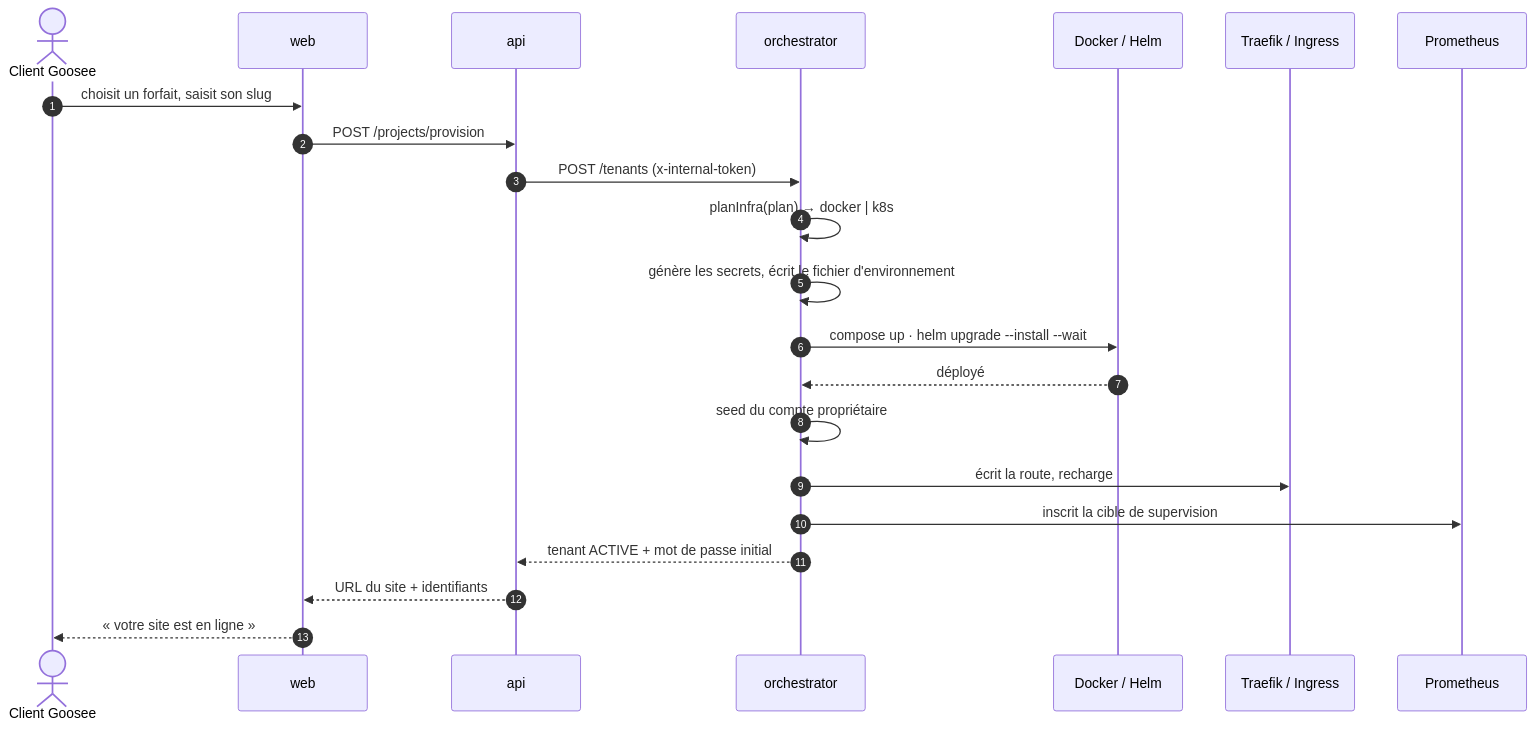
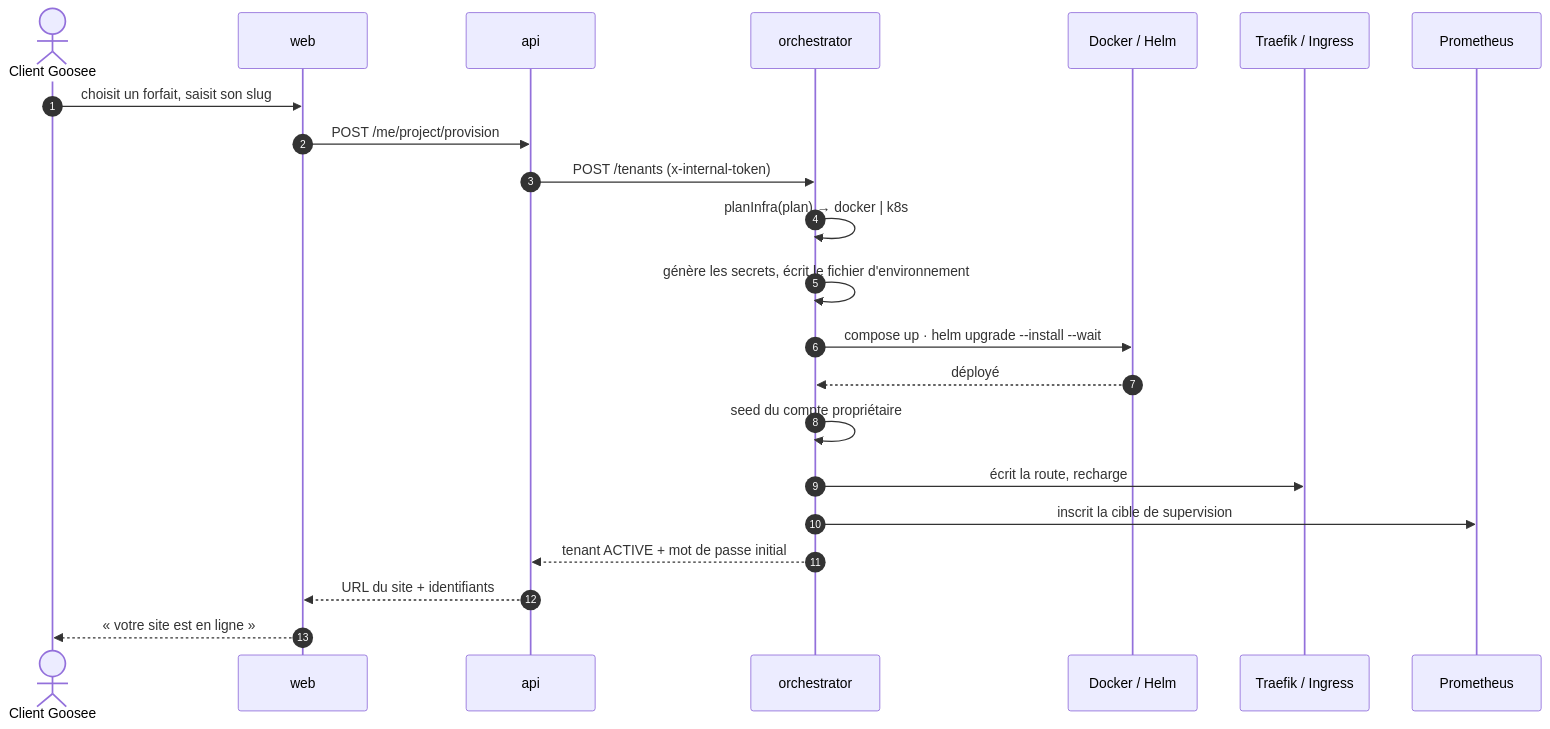
The second of 3 diagrams in docs/architecture/sequences.md (CollectEverything-MNS/Goosee), drawn with Mermaid before and after one commit. The commit also changed other lines of this file and 24 other files, not shown here.

Commit message:
docs: align guides diagrams and API reference with validated POC

````diff
--- a/docs/architecture/sequences.md
+++ b/docs/architecture/sequences.md
@@ -74,26 +82,26 @@
 ```mermaid
 sequenceDiagram
     autonumber
     actor M as Client Goosee
     participant W as web
     participant AP as api
     participant OR as orchestrator
     participant D as Docker / Helm
     participant T as Traefik / Ingress
     participant PR as Prometheus
 
     M->>W: choisit un forfait, saisit son slug
-    W->>AP: POST /projects/provision
+    W->>AP: POST /me/project/provision
     AP->>OR: POST /tenants (x-internal-token)
 
     OR->>OR: planInfra(plan) → docker | k8s
     OR->>OR: génère les secrets, écrit le fichier d'environnement
     OR->>D: compose up · helm upgrade --install --wait
     D-->>OR: déployé
     OR->>OR: seed du compte propriétaire
     OR->>T: écrit la route, recharge
     OR->>PR: inscrit la cible de supervision
     OR-->>AP: tenant ACTIVE + mot de passe initial
     AP-->>W: URL du site + identifiants
     W-->>M: « votre site est en ligne »
 ```
````
